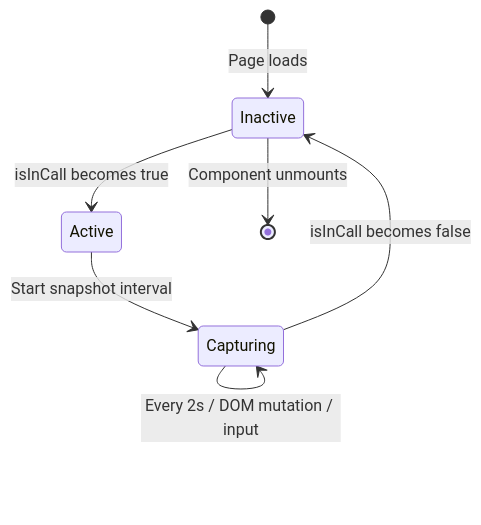
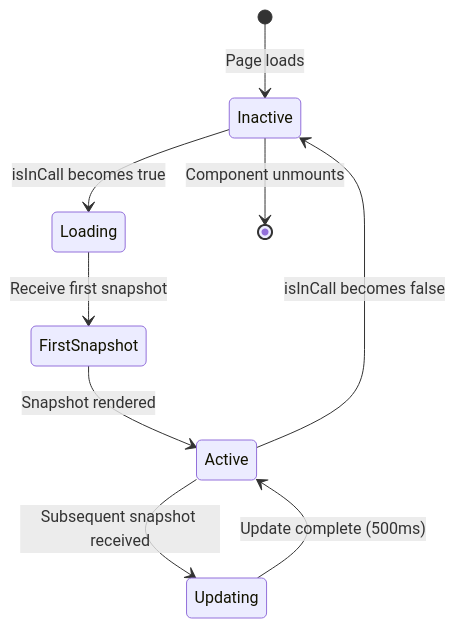
One commit to ryanod2014/virtualgreeter changed the diagram in docs/features/agent/cobrowse-viewer.md. Above: the diagram before and after it, drawn with Mermaid. The commit also changed other lines of this file, not shown here.

````diff
--- a/docs/features/agent/cobrowse-viewer.md
+++ b/docs/features/agent/cobrowse-viewer.md
@@ -44,9 +46,11 @@
 ```mermaid
 stateDiagram-v2
     [*] --> Inactive: Page loads
-    Inactive --> Active: isInCall becomes true
-    Active --> Capturing: Start snapshot interval
-    Capturing --> Capturing: Every 2s / DOM mutation / input
-    Capturing --> Inactive: isInCall becomes false
+    Inactive --> Loading: isInCall becomes true
+    Loading --> FirstSnapshot: Receive first snapshot
+    FirstSnapshot --> Active: Snapshot rendered
+    Active --> Updating: Subsequent snapshot received
+    Updating --> Active: Update complete (500ms)
+    Active --> Inactive: isInCall becomes false
     Inactive --> [*]: Component unmounts
 ```
````
